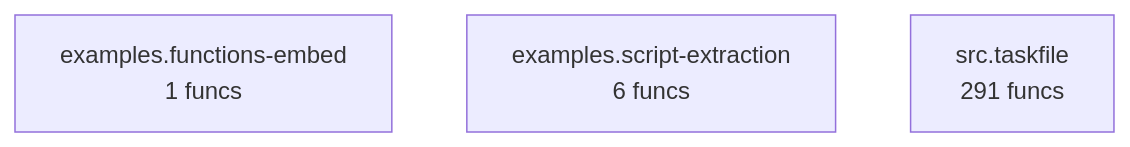
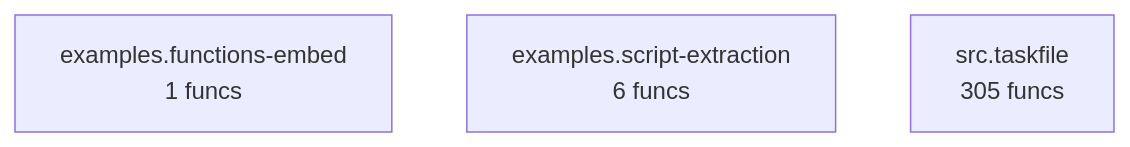
The diagram in project/compact_flow.mmd (pyfunc/taskfile), drawn with Mermaid before and after one commit. The commit also changed 20 other files, not shown here.

```diff
--- a/project/compact_flow.mmd
+++ b/project/compact_flow.mmd
@@ -1,4 +1,4 @@
 flowchart TD
     examples_functions_embed["examples.functions-embed<br/>1 funcs"]
     examples_script_extraction["examples.script-extraction<br/>6 funcs"]
-    src_taskfile["src.taskfile<br/>291 funcs"]
+    src_taskfile["src.taskfile<br/>305 funcs"]
```
